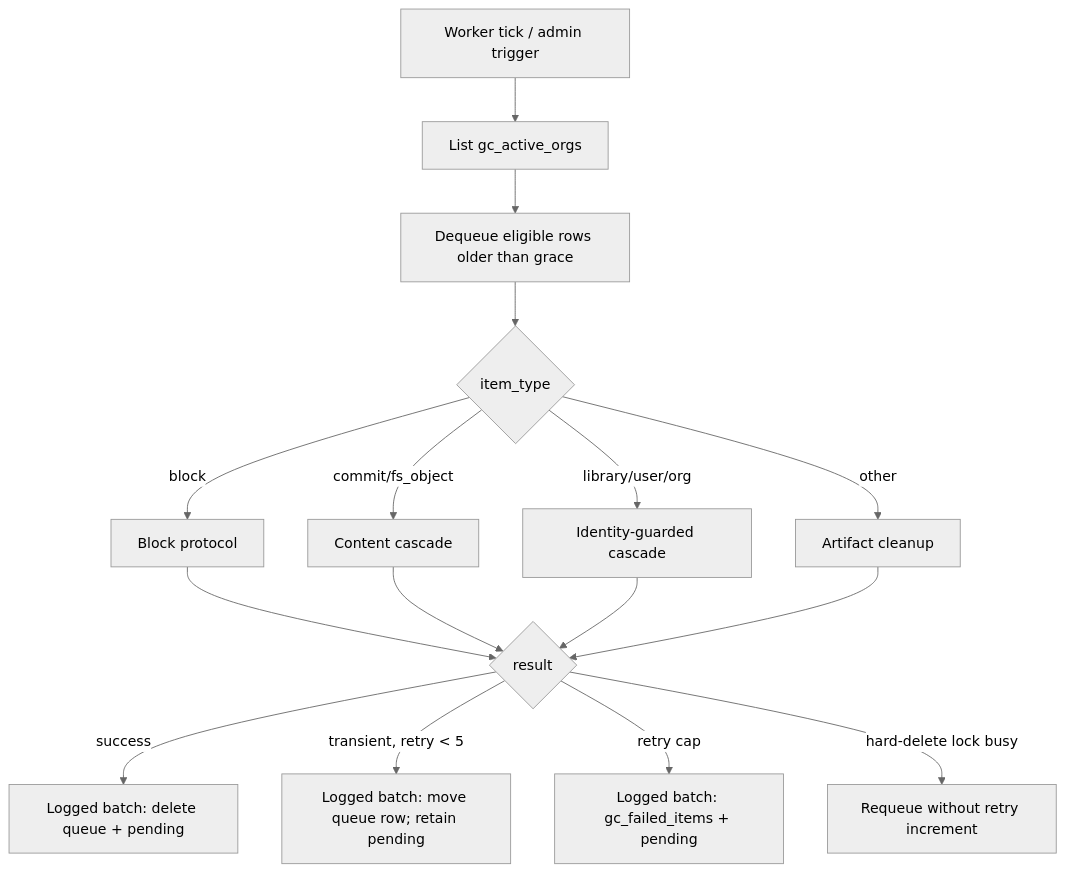
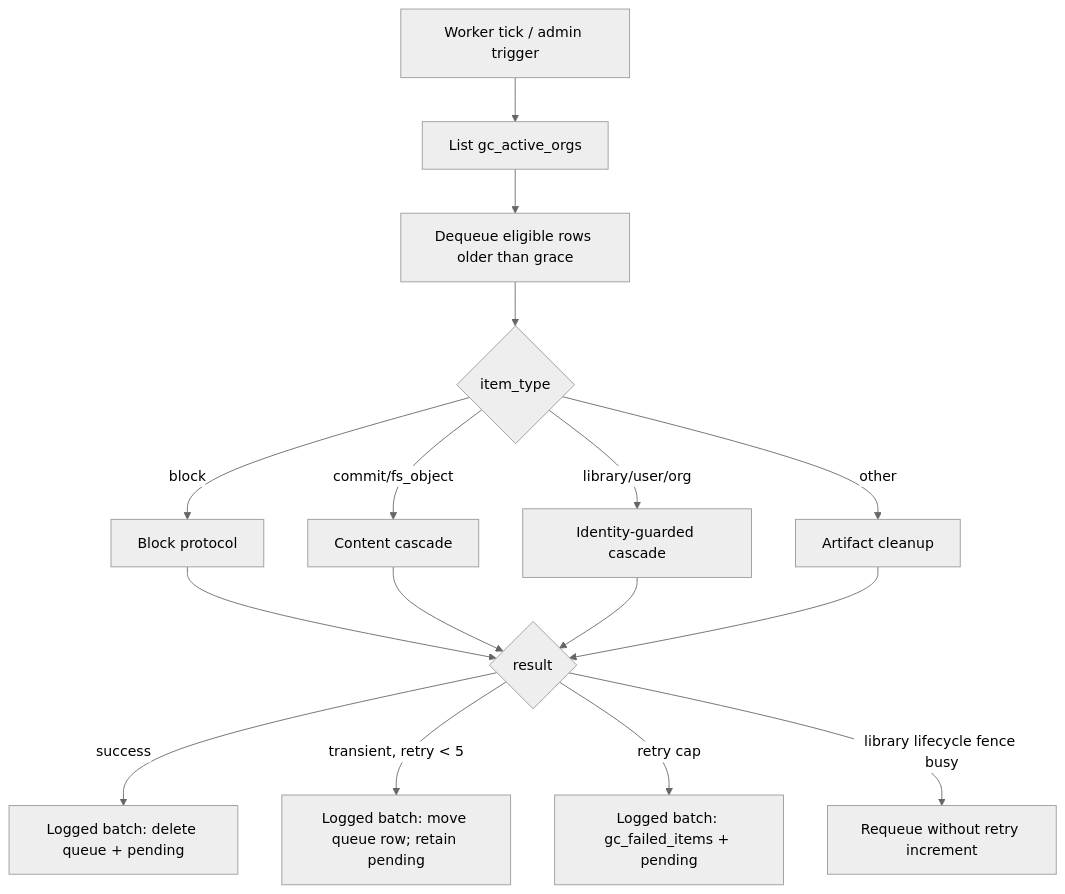
Before and after one commit to Sesame-Disk/cool-storage-api: the first of 5 diagrams in docs/diagrams/gc-flow.md, drawn with Mermaid (neutral theme). The commit also changed 23 other files, not shown here.

Commit message:
fix(w2a): serialize library lifecycle mutations

````diff
--- a/docs/diagrams/gc-flow.md
+++ b/docs/diagrams/gc-flow.md
@@ -19,18 +19,18 @@
 ```mermaid
 flowchart TD
     Tick[Worker tick / admin trigger] --> Active[List gc_active_orgs]
     Active --> Dequeue[Dequeue eligible rows older than grace]
     Dequeue --> Dispatch{item_type}
     Dispatch -->|block| Block[Block protocol]
     Dispatch -->|commit/fs_object| Content[Content cascade]
     Dispatch -->|library/user/org| Cascade[Identity-guarded cascade]
     Dispatch -->|other| Artifact[Artifact cleanup]
     Block --> Result{result}
     Content --> Result
     Cascade --> Result
     Artifact --> Result
     Result -->|success| Complete[Logged batch: delete queue + pending]
     Result -->|transient, retry < 5| Requeue[Logged batch: move queue row; retain pending]
     Result -->|retry cap| DLQ[Logged batch: gc_failed_items + pending]
-    Result -->|hard-delete lock busy| Postpone[Requeue without retry increment]
+    Result -->|library lifecycle fence busy| Postpone[Requeue without retry increment]
 ```
````
